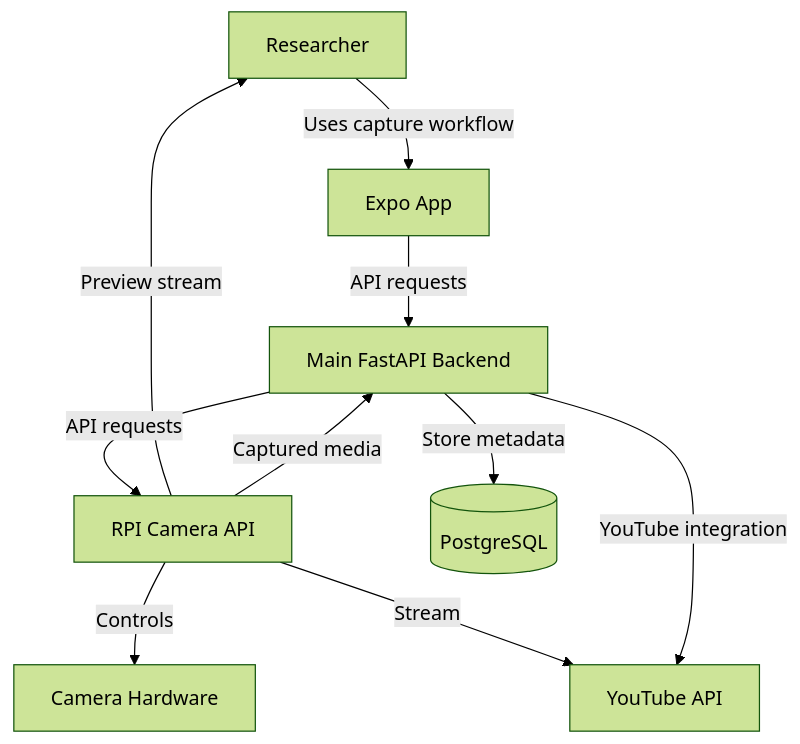
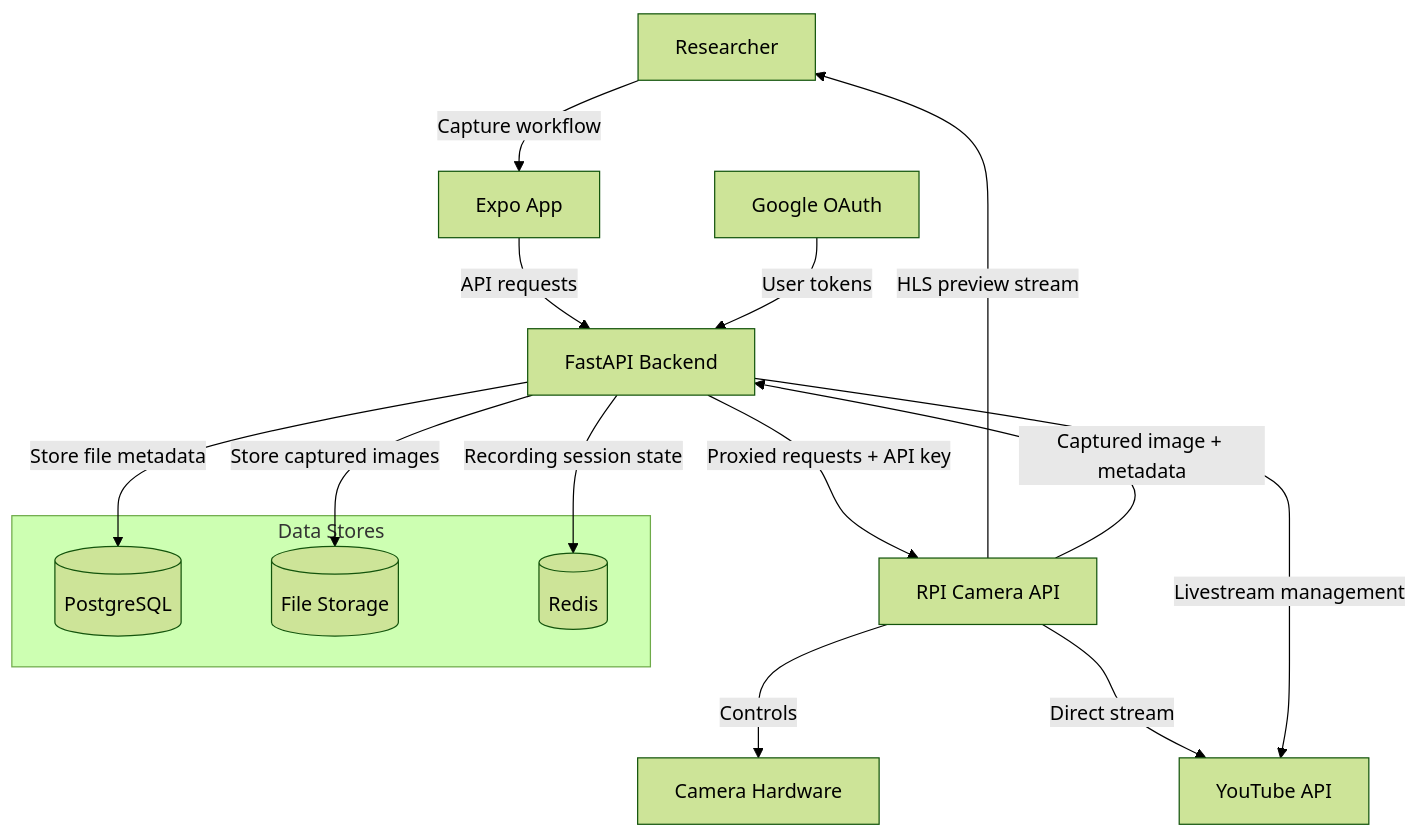
The first of 3 diagrams in docs/docs/architecture/rpi-cam.md (CMLPlatform/relab), drawn with Mermaid (forest theme) before and after one commit. The commit also changed other lines of this file and 4 other files, not shown here.

Commit message:
docs: update architecture docs and add C4 diagrams

````diff
--- a/docs/docs/architecture/rpi-cam.md
+++ b/docs/docs/architecture/rpi-cam.md
@@ -11,15 +11,25 @@
 ```mermaid
 graph TD
-    Researcher[Researcher] -->|Uses capture workflow| FrontendApp[Expo App]
-    FrontendApp -->|API requests| MainAPI[Main FastAPI Backend]
+    Researcher[Researcher] -->|Capture workflow| FrontendApp[Expo App]
+    FrontendApp -->|API requests| MainAPI[FastAPI Backend]
 
-    MainAPI -->|API requests| RpiCamAPI[RPI Camera API]
+    MainAPI -->|Proxied requests + API key| RpiCamAPI[RPI Camera API]
     RpiCamAPI -->|Controls| Camera[Camera Hardware]
 
-    RpiCamAPI -->|Preview stream| Researcher
-    RpiCamAPI -->|Stream| YouTube[YouTube API]
-    RpiCamAPI -->|Captured media| MainAPI
-    MainAPI -->|YouTube integration| YouTube
+    RpiCamAPI -->|HLS preview stream| Researcher
+    RpiCamAPI -->|Direct stream| YouTube[YouTube API]
+    RpiCamAPI -->|Captured image + metadata| MainAPI
 
-    MainAPI -->|Store metadata| Database[(PostgreSQL)]
+    GoogleOAuth[Google OAuth] -->|User tokens| MainAPI
+    MainAPI -->|Livestream management| YouTube
+
+    subgraph DataStores ["Data Stores"]
+        Database[(PostgreSQL)]
+        FileStorage[(File Storage)]
+        Redis[(Redis)]
+    end
+
+    MainAPI -->|Store file metadata| Database
+    MainAPI -->|Store captured images| FileStorage
+    MainAPI -->|Recording session state| Redis
 ```
````
